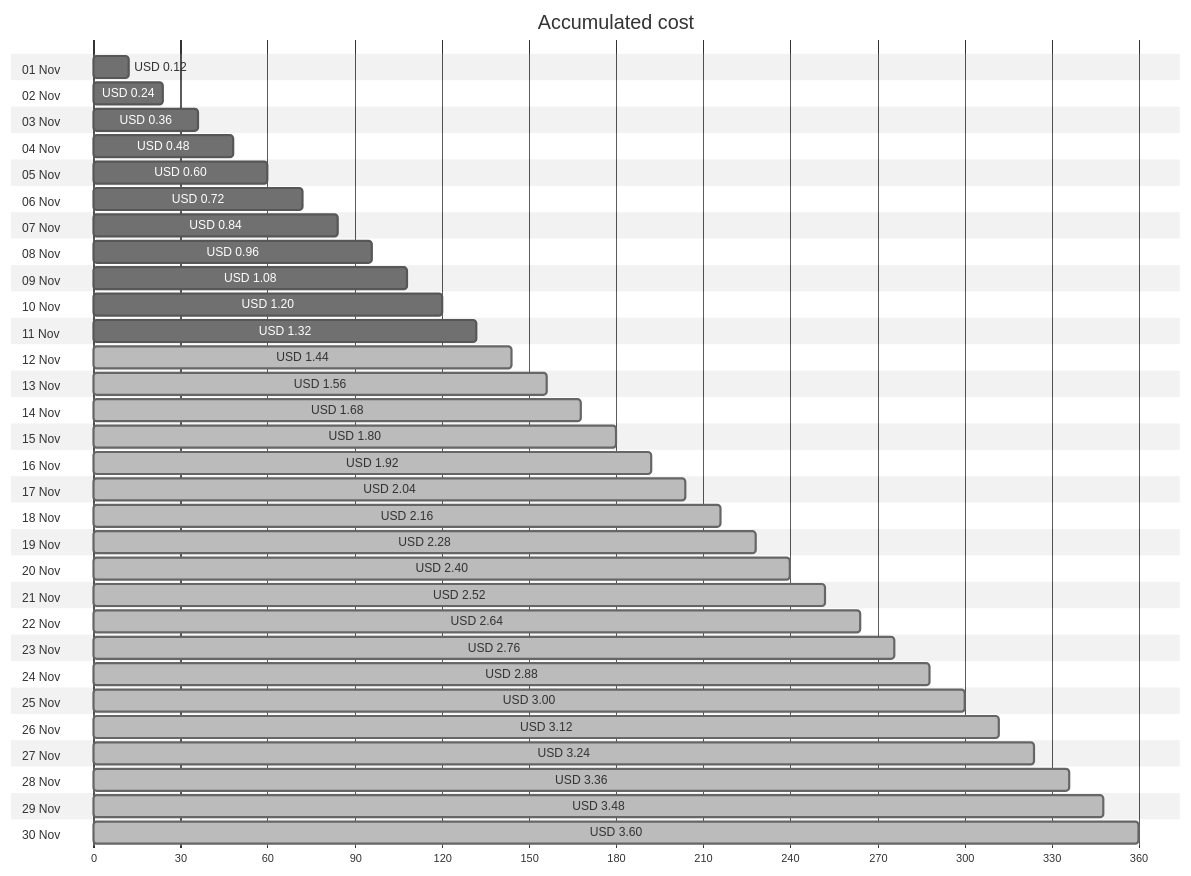
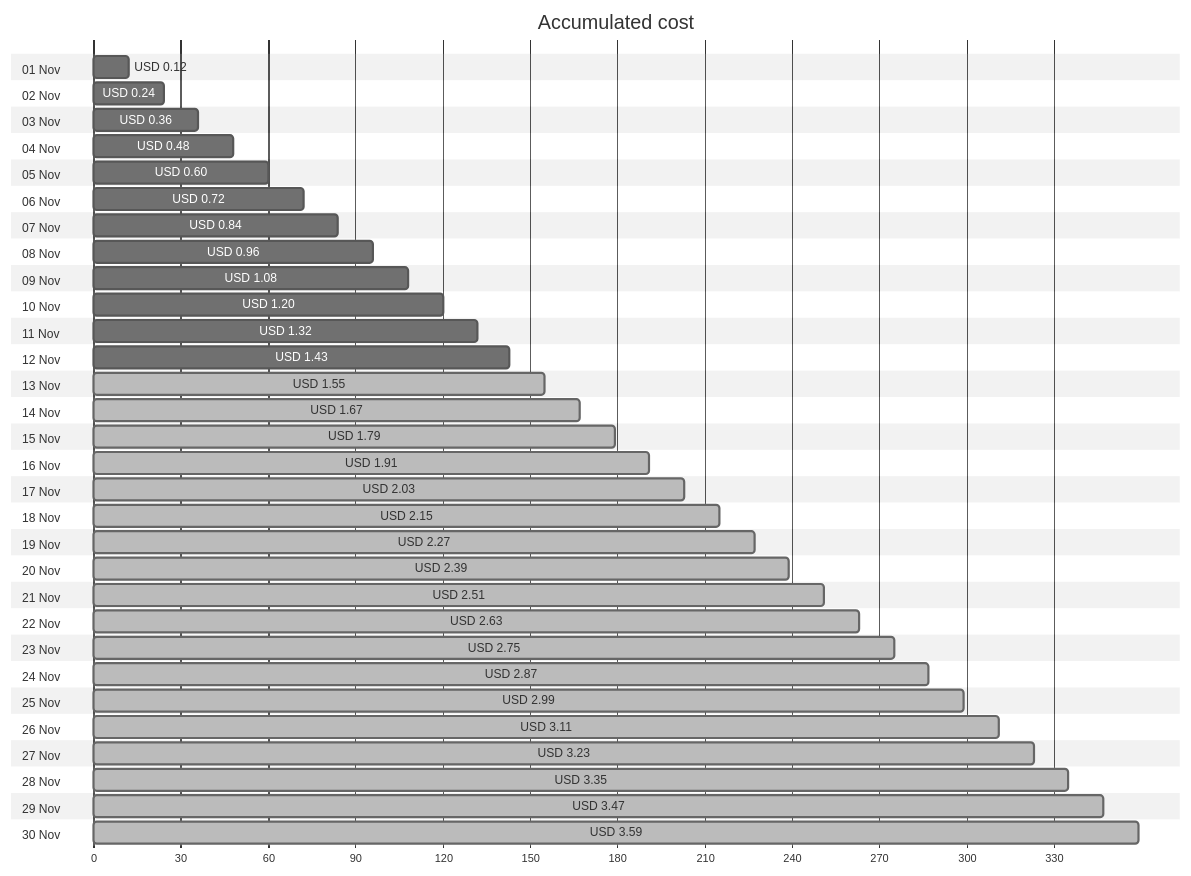
One commit to jpfulton/azure-personal-reports changed the first of 4 diagrams in cost-reports/personal-network/backup-server-public-ip.md. Above: the diagram before and after it, drawn with Mermaid (neutral theme). The commit also changed other lines of this file and 8 other files, not shown here.

````diff
--- a/cost-reports/personal-network/backup-server-public-ip.md
+++ b/cost-reports/personal-network/backup-server-public-ip.md
@@ -20,66 +20,66 @@
 ```mermaid
 gantt
    title Accumulated cost
    dateFormat  X
    axisFormat %s
    section 01 Nov
    USD 0.12 :0, 12
    section 02 Nov
    USD 0.24 :0, 24
    section 03 Nov
    USD 0.36 :0, 36
    section 04 Nov
    USD 0.48 :0, 48
    section 05 Nov
    USD 0.60 :0, 60
    section 06 Nov
    USD 0.72 :0, 72
    section 07 Nov
    USD 0.84 :0, 84
    section 08 Nov
    USD 0.96 :0, 96
    section 09 Nov
    USD 1.08 :0, 108
    section 10 Nov
    USD 1.20 :0, 120
    section 11 Nov
    USD 1.32 :0, 132
    section 12 Nov
-   USD 1.44 : done, 0, 144
+   USD 1.43 :0, 143
    section 13 Nov
-   USD 1.56 : done, 0, 156
+   USD 1.55 : done, 0, 155
    section 14 Nov
-   USD 1.68 : done, 0, 168
+   USD 1.67 : done, 0, 167
    section 15 Nov
-   USD 1.80 : done, 0, 180
+   USD 1.79 : done, 0, 179
    section 16 Nov
-   USD 1.92 : done, 0, 192
+   USD 1.91 : done, 0, 191
    section 17 Nov
-   USD 2.04 : done, 0, 204
+   USD 2.03 : done, 0, 203
    section 18 Nov
-   USD 2.16 : done, 0, 216
+   USD 2.15 : done, 0, 215
    section 19 Nov
-   USD 2.28 : done, 0, 228
+   USD 2.27 : done, 0, 227
    section 20 Nov
-   USD 2.40 : done, 0, 240
+   USD 2.39 : done, 0, 239
    section 21 Nov
-   USD 2.52 : done, 0, 252
+   USD 2.51 : done, 0, 251
    section 22 Nov
-   USD 2.64 : done, 0, 264
+   USD 2.63 : done, 0, 263
    section 23 Nov
-   USD 2.76 : done, 0, 276
+   USD 2.75 : done, 0, 275
    section 24 Nov
-   USD 2.88 : done, 0, 288
+   USD 2.87 : done, 0, 287
    section 25 Nov
-   USD 3.00 : done, 0, 300
+   USD 2.99 : done, 0, 299
    section 26 Nov
-   USD 3.12 : done, 0, 312
+   USD 3.11 : done, 0, 311
    section 27 Nov
-   USD 3.24 : done, 0, 324
+   USD 3.23 : done, 0, 323
    section 28 Nov
-   USD 3.36 : done, 0, 336
+   USD 3.35 : done, 0, 335
    section 29 Nov
-   USD 3.48 : done, 0, 348
+   USD 3.47 : done, 0, 347
    section 30 Nov
-   USD 3.60 : done, 0, 360
+   USD 3.59 : done, 0, 359
 ```
````
